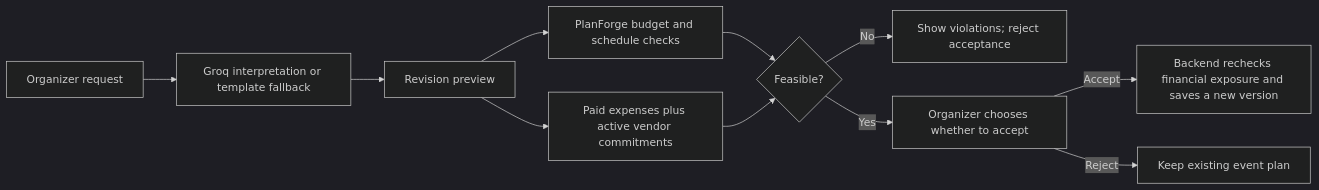
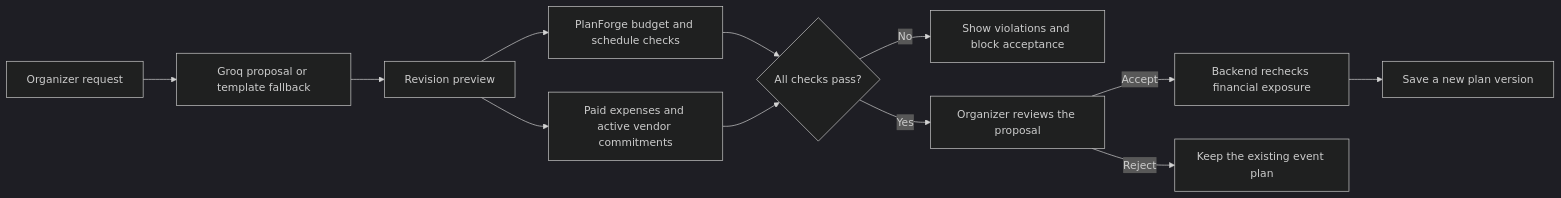
Before and after one commit to sruthi-r-22/aventra: the first of 2 diagrams in README.md, drawn with Mermaid (dark theme). The commit also changed other lines of this file, not shown here.

Commit message:
Fix GitHub Mermaid diagram rendering

````diff
--- a/README.md
+++ b/README.md
@@ -89,13 +89,14 @@
 ```mermaid
 flowchart LR
-    A[Organizer request] --> B[Groq interpretation or template fallback]
-    B --> C[Revision preview]
-    C --> D[PlanForge budget and schedule checks]
-    C --> E[Paid expenses plus active vendor commitments]
-    D --> F{Feasible?}
-    E --> F
-    F -->|No| G[Show violations; reject acceptance]
-    F -->|Yes| H[Organizer chooses whether to accept]
-    H -->|Accept| I[Backend rechecks financial exposure and saves a new version]
-    H -->|Reject| J[Keep existing event plan]
+    request["Organizer request"] --> proposal["Groq proposal or template fallback"]
+    proposal --> preview["Revision preview"]
+    preview --> plan_checks["PlanForge budget and schedule checks"]
+    preview --> finance_check["Paid expenses and active vendor commitments"]
+    plan_checks --> feasible{"All checks pass?"}
+    finance_check --> feasible
+    feasible -->|No| blocked["Show violations and block acceptance"]
+    feasible -->|Yes| choice["Organizer reviews the proposal"]
+    choice -->|Accept| recheck["Backend rechecks financial exposure"]
+    recheck --> saved["Save a new plan version"]
+    choice -->|Reject| unchanged["Keep the existing event plan"]
 ```
````
